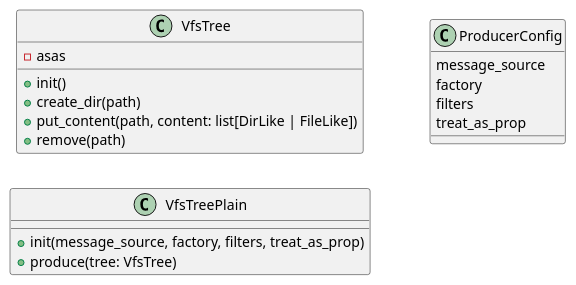
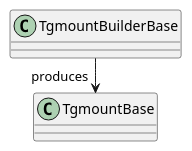
One commit to nktknshn/tgmount changed the diagram in docs/uml/tgmount.puml. Above: the diagram before and after it, drawn with PlantUML. The commit also changed 39 other files, not shown here.

```diff
--- a/docs/uml/tgmount.puml
+++ b/docs/uml/tgmount.puml
@@ -1,25 +1,15 @@
 @startuml
 
 left to right direction
 
-class VfsTree {
-    +init()
-    +create_dir(path)
-    +put_content(path, content: list[DirLike | FileLike])
-    +remove(path)
-    -asas
+class TgmountBase {
+
 }
 
-class VfsTreePlain {
-    +init(message_source, factory, filters, treat_as_prop)
-    +produce(tree: VfsTree)
+class TgmountBuilderBase {
+
 }
 
-class ProducerConfig {
-    message_source
-    factory
-    filters
-    treat_as_prop
-}
+TgmountBuilderBase -> "produces" TgmountBase 
 
 @enduml
```
